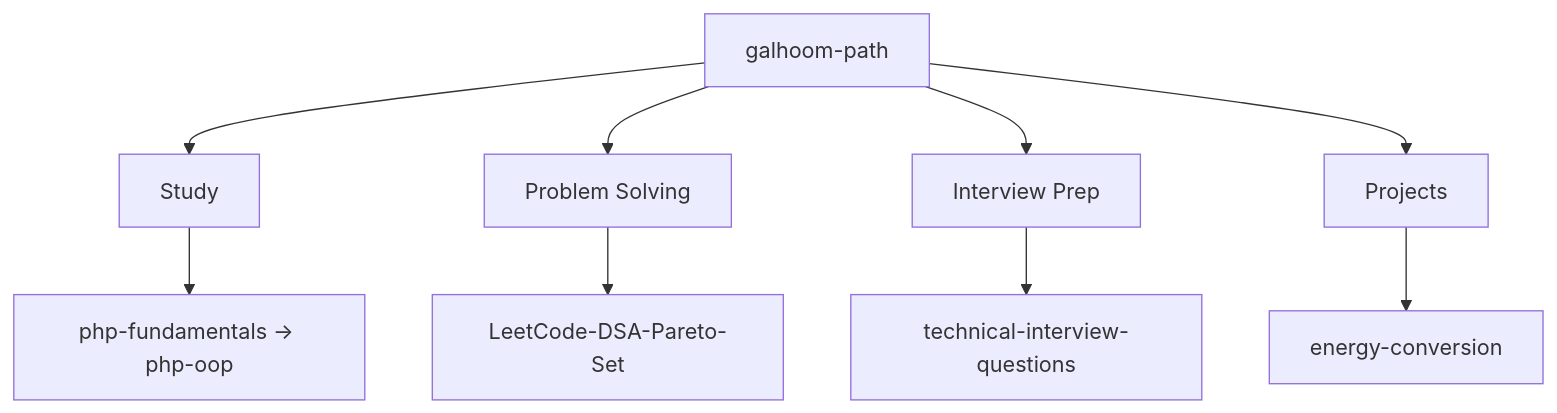
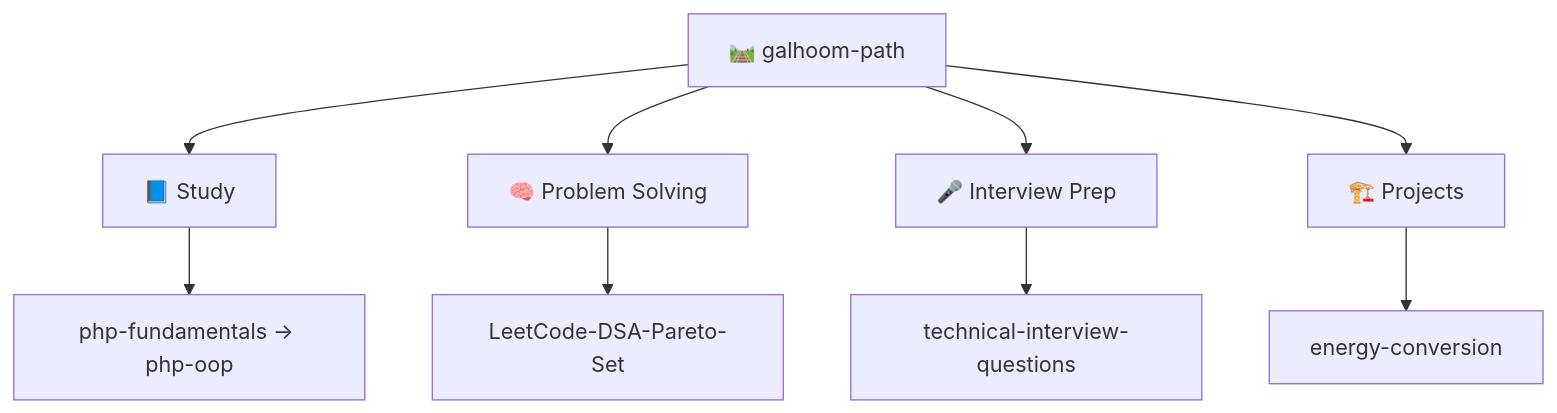
The diagram in README.md (Galhoom22/Galhoom22), drawn with Mermaid before and after one commit. The commit also changed other lines of this file, not shown here.

Commit message:
Restore profile map image and emoji Path diagram; keep market-tone copy.

````diff
--- a/README.md
+++ b/README.md
@@ -31,12 +33,12 @@
 ```mermaid
 flowchart TB
-  ORG["galhoom-path"]
-  ORG --> S["Study"]
-  ORG --> P["Problem Solving"]
-  ORG --> I["Interview Prep"]
-  ORG --> R["Projects"]
+  ORG["🛤️ galhoom-path"]
+  ORG --> S["📘 Study"]
+  ORG --> P["🧠 Problem Solving"]
+  ORG --> I["🎤 Interview Prep"]
+  ORG --> R["🏗️ Projects"]
   S --> S1["php-fundamentals → php-oop"]
   P --> P1["LeetCode-DSA-Pareto-Set"]
   I --> I1["technical-interview-questions"]
   R --> R1["energy-conversion"]
 ```
````
